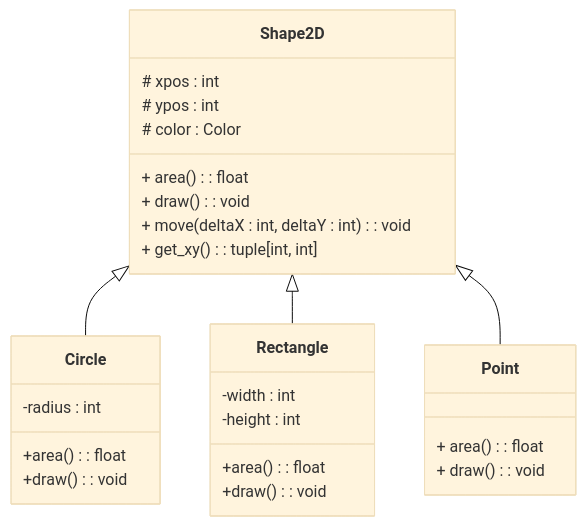
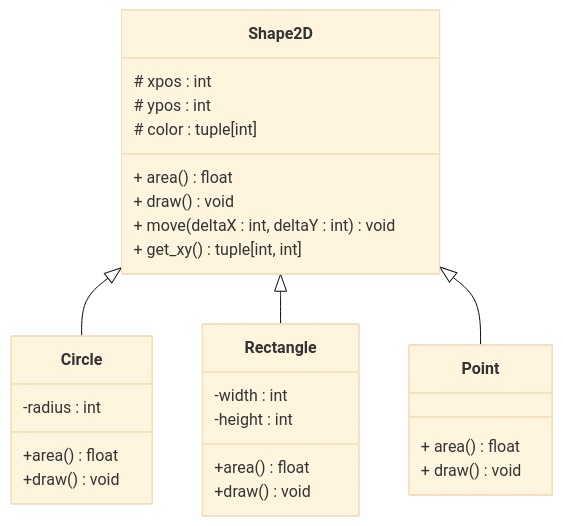
One commit to blavad/poo-python changed the first of 2 diagrams in TP4-Polymorphisme/README.md. Above: the diagram before and after it, drawn with Mermaid (base theme). The commit also changed other lines of this file, not shown here.

````diff
--- a/TP4-Polymorphisme/README.md
+++ b/TP4-Polymorphisme/README.md
@@ -15,37 +15,37 @@
 ```mermaid
     classDiagram
     direction TB
      class Shape2D {
         # xpos : int
         # ypos : int
-        # color : Color
+        # color : tuple[int]
 
-        + area() : float
-        + draw() : void
-        + move(deltaX : int, deltaY : int) : void
-        + get_xy(): tuple[int, int]
+        + area()  float
+        + draw()  void
+        + move(deltaX : int, deltaY : int)  void
+        + get_xy() tuple[int, int]
 
         }
 
     class Point {
-            + area() : float
-            + draw() : void
+            + area()  float
+            + draw()  void
     }
 
     class Circle {
     -radius : int
-    +area() : float
-    +draw() : void
+    +area()  float
+    +draw()  void
     }
 
     class Rectangle {
     -width : int
     -height : int
-    +area() : float
-    +draw(): void
+    +area()  float
+    +draw() void
     }
 
     Shape2D <|-- Circle
     Shape2D <|-- Rectangle
     Shape2D <|-- Point
 ```
````
